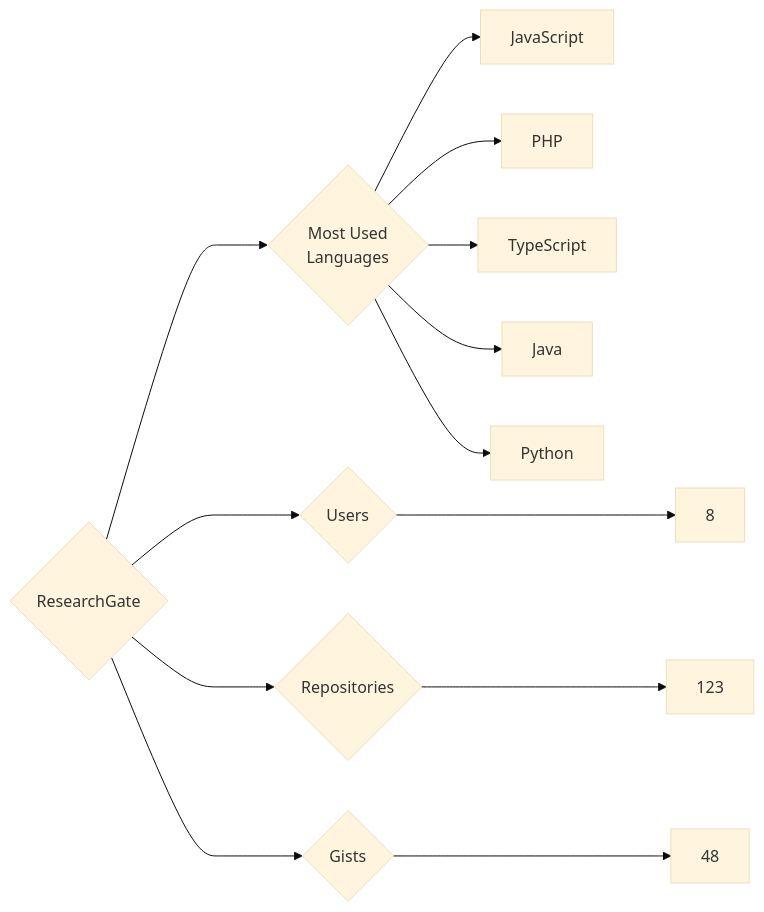
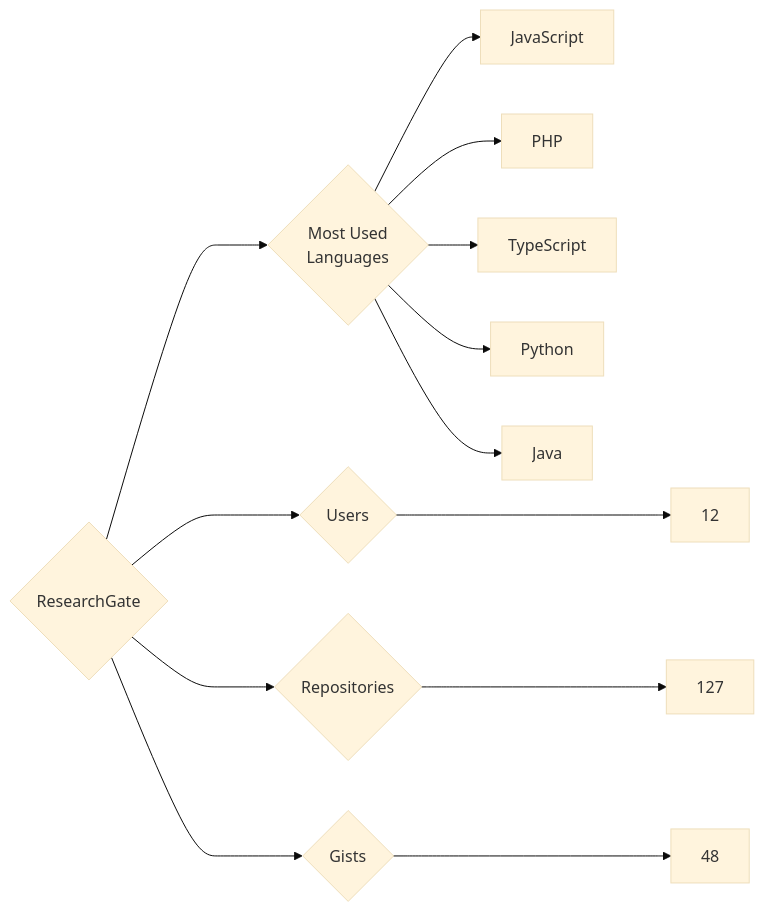
Before and after one commit to trickest/insiders: the diagram in targets/ResearchGate/README.md, drawn with Mermaid (base theme). The commit also changed 898 other files, not shown here.

````diff
--- a/targets/ResearchGate/README.md
+++ b/targets/ResearchGate/README.md
@@ -3,13 +3,13 @@
 ```mermaid
 graph LR
 COMPANY_NAME{ResearchGate}
-COMPANY_NAME ---> U{Users} ---> UN[8]
-COMPANY_NAME ---> R{Repositories} ---> RN[123]
+COMPANY_NAME ---> U{Users} ---> UN[12]
+COMPANY_NAME ---> R{Repositories} ---> RN[127]
 COMPANY_NAME ---> G{Gists} ---> GN[48]
 COMPANY_NAME ---> ML{Most Used<br>Languages}
 ML --> JavaScript[JavaScript]
 ML --> PHP[PHP]
 ML --> TypeScript[TypeScript]
+ML --> Python[Python]
 ML --> Java[Java]
-ML --> Python[Python]
 ```
````
